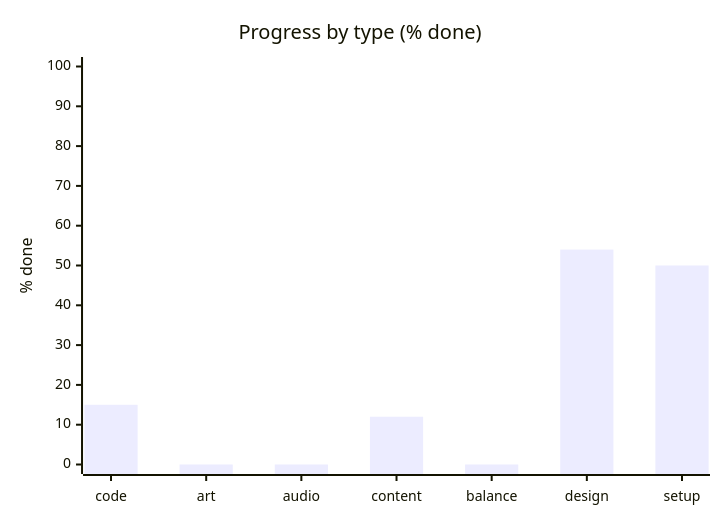
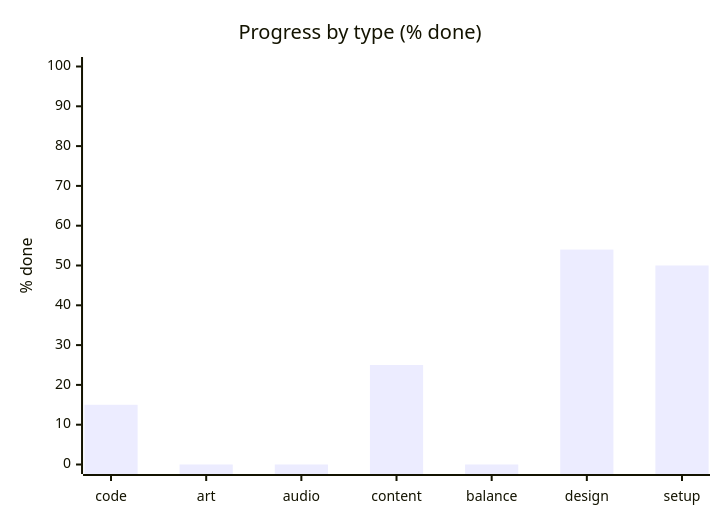
Before and after one commit to artemiiShabanov/RallyRivals: the second of 3 diagrams in STATUS.md, drawn with Mermaid. The commit also changed other lines of this file and 2 other files, not shown here.

````diff
--- a/STATUS.md
+++ b/STATUS.md
@@ -17,7 +17,7 @@
 ```mermaid
 xychart-beta
     title "Progress by type (% done)"
     x-axis ["code", "art", "audio", "content", "balance", "design", "setup"]
     y-axis "% done" 0 --> 100
-    bar [15, 0, 0, 12, 0, 54, 50]
+    bar [15, 0, 0, 25, 0, 54, 50]
 ```
````
